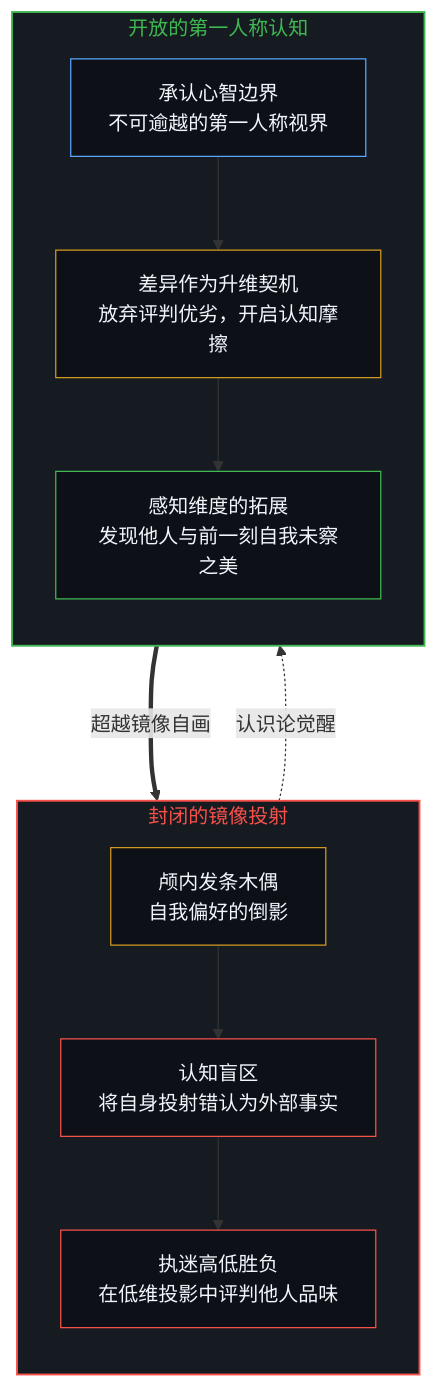
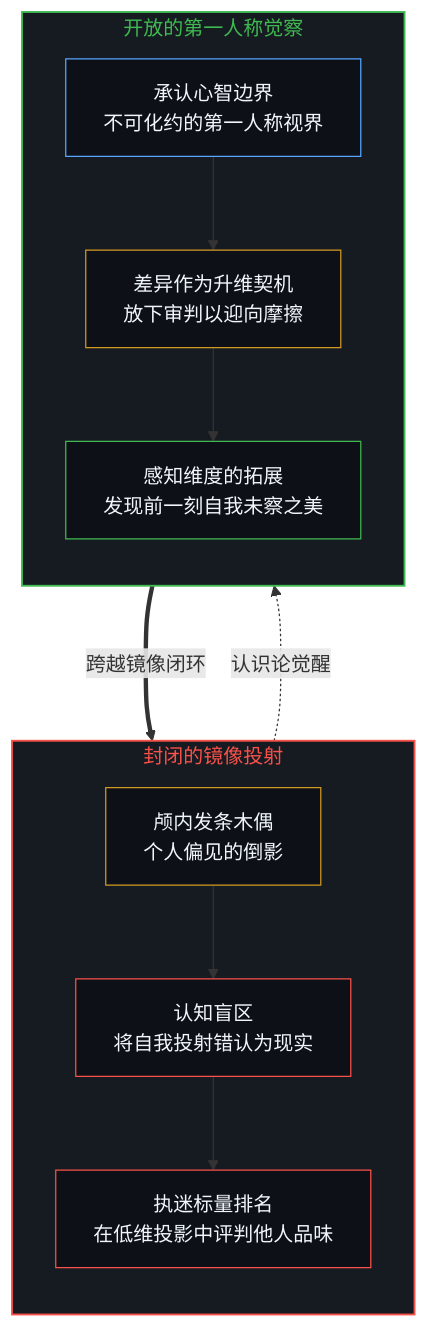
Before and after one commit to powerpig99/not-a-toe: the seventh of 8 diagrams in content/posts/the-self-portrait-in-the-projection.md, drawn with Mermaid. The commit also changed other lines of this file and 7 other files, not shown here.

````diff
--- a/content/posts/the-self-portrait-in-the-projection.md
+++ b/content/posts/the-self-portrait-in-the-projection.md
@@ -205,29 +205,29 @@
 ```mermaid
 flowchart TD
   subgraph S_MIRROR["封闭的镜像投射"]
     direction TB
-    M_PUPPET["颅内发条木偶<br/>自我偏好的倒影"]
-    M_BLIND["认知盲区<br/>将自身投射错认为外部事实"]
-    M_JUDGE["执迷高低胜负<br/>在低维投影中评判他人品味"]
+    M_PUPPET["颅内发条木偶<br/>个人偏见的倒影"]
+    M_BLIND["认知盲区<br/>将自我投射错认为现实"]
+    M_JUDGE["执迷标量排名<br/>在低维投影中评判他人品味"]
   end
-  subgraph S_OPEN["开放的第一人称认知"]
+  subgraph S_OPEN["开放的第一人称觉察"]
     direction TB
-    O_BOUNDARY["承认心智边界<br/>不可逾越的第一人称视界"]
-    O_DIFF["差异作为升维契机<br/>放弃评判优劣，开启认知摩擦"]
-    O_EXPAND["感知维度的拓展<br/>发现他人与前一刻自我未察之美"]
+    O_BOUNDARY["承认心智边界<br/>不可化约的第一人称视界"]
+    O_DIFF["差异作为升维契机<br/>放下审判以迎向摩擦"]
+    O_EXPAND["感知维度的拓展<br/>发现前一刻自我未察之美"]
   end
   M_PUPPET --> M_BLIND
   M_BLIND --> M_JUDGE
   M_JUDGE -.->|"认识论觉醒"| O_BOUNDARY
   O_BOUNDARY --> O_DIFF
   O_DIFF --> O_EXPAND
-  O_EXPAND ===>|"超越镜像自画"| M_PUPPET
+  O_EXPAND ===>|"跨越镜像闭环"| M_PUPPET
   style S_MIRROR fill:#161b22,stroke:#f85149,stroke-width:1.5px,color:#f85149
   style S_OPEN fill:#161b22,stroke:#3fb950,stroke-width:1.5px,color:#3fb950
   style M_PUPPET fill:#0d1117,stroke:#d29922,stroke-width:1px,color:#f0f6fc
   style M_BLIND fill:#0d1117,stroke:#f85149,stroke-width:1px,color:#f0f6fc
   style M_JUDGE fill:#0d1117,stroke:#f85149,stroke-width:1px,color:#f0f6fc
   style O_BOUNDARY fill:#0d1117,stroke:#58a6ff,stroke-width:1px,color:#f0f6fc
   style O_DIFF fill:#0d1117,stroke:#d29922,stroke-width:1px,color:#f0f6fc
   style O_EXPAND fill:#0d1117,stroke:#3fb950,stroke-width:1px,color:#f0f6fc
 ```
````
